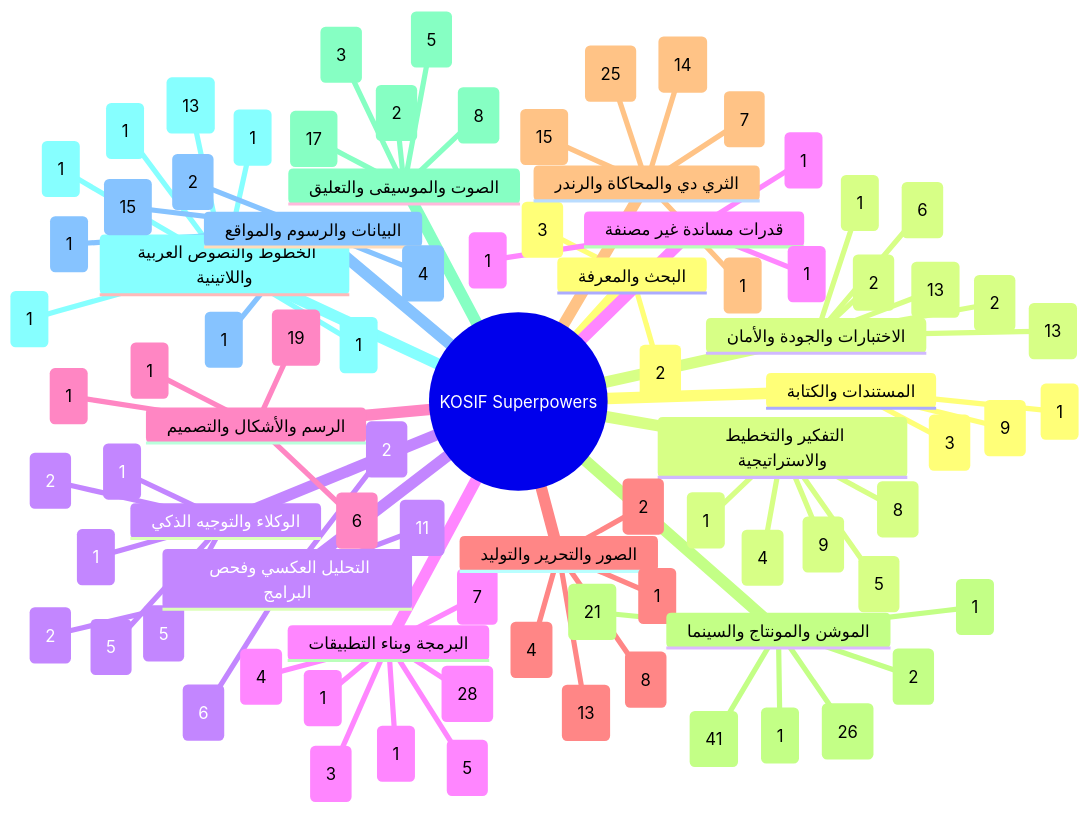
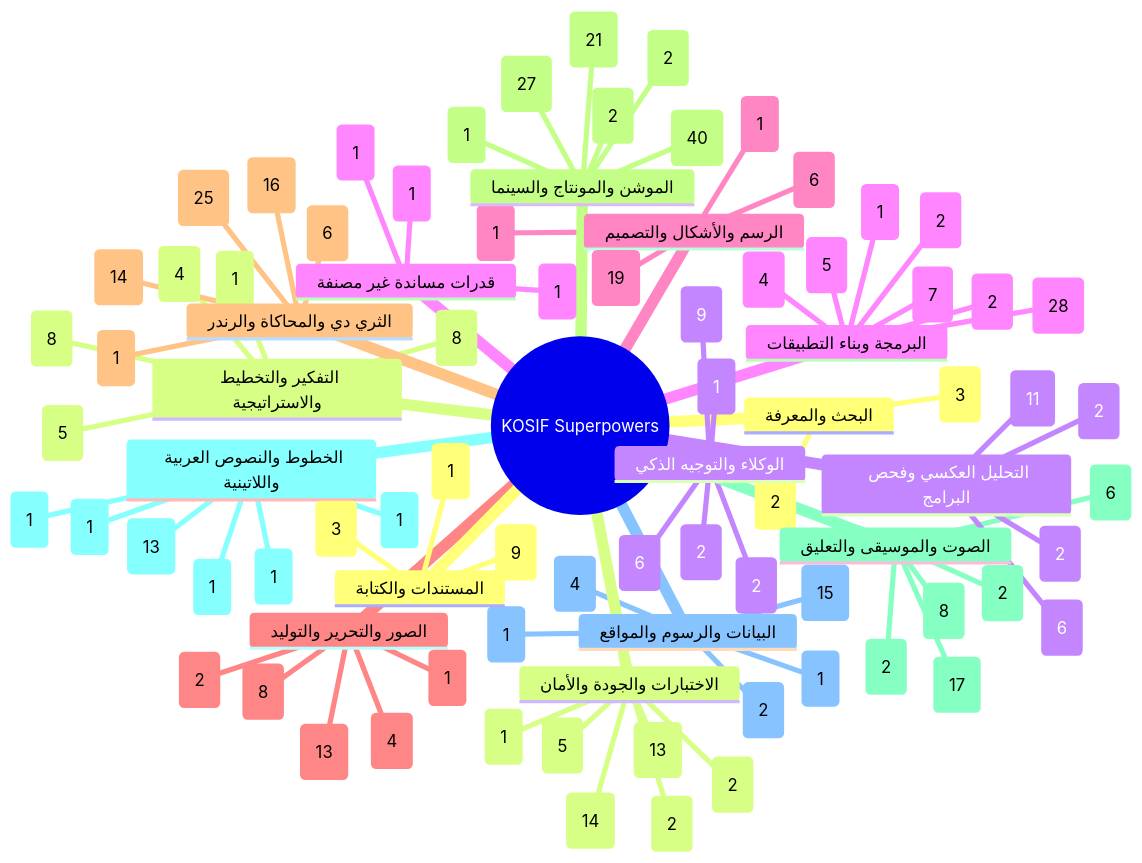
The first of 13 diagrams in .claude/skills/kosif-superpowers/references/capability-mindmap.md (kosif199022-jpg/kosif-tool), drawn with Mermaid before and after one commit. The commit also changed other lines of this file and 146 other files, not shown here.

```diff
--- a/.claude/skills/kosif-superpowers/references/capability-mindmap.md
+++ b/.claude/skills/kosif-superpowers/references/capability-mindmap.md
@@ -34,24 +34,24 @@
       اصنع (2)
     التفكير والتخطيط والاستراتيجية
       افهم المادة (5)
-      خطّط وقرّر (9)
+      خطّط وقرّر (8)
       اصنع (8)
       جمّع وارندر (1)
       تحقّق (4)
     الوكلاء والتوجيه الذكي
-      افهم المادة (5)
+      افهم المادة (6)
       خطّط وقرّر (2)
-      اصنع (5)
-      جمّع وارندر (1)
+      اصنع (9)
+      جمّع وارندر (2)
       تحقّق (1)
     البرمجة وبناء التطبيقات
       افهم المادة (7)
       خطّط وقرّر (4)
       اصنع (28)
       حسّن واصقل (1)
-      جمّع وارندر (3)
+      جمّع وارندر (2)
       تحقّق (5)
-      سلّم وانشر (1)
+      سلّم وانشر (2)
     الرسم والأشكال والتصميم
       افهم المادة (1)
       خطّط وقرّر (1)
@@ -65,22 +65,22 @@
       جمّع وارندر (1)
     الثري دي والمحاكاة والرندر
       افهم المادة (1)
-      خطّط وقرّر (7)
+      خطّط وقرّر (6)
       اصنع (25)
-      حسّن واصقل (15)
-      جمّع وارندر (14)
+      حسّن واصقل (14)
+      جمّع وارندر (16)
     الموشن والمونتاج والسينما
-      افهم المادة (1)
+      افهم المادة (2)
       خطّط وقرّر (21)
-      اصنع (41)
-      حسّن واصقل (26)
+      اصنع (40)
+      حسّن واصقل (27)
       جمّع وارندر (1)
       سلّم وانشر (2)
     الصوت والموسيقى والتعليق
-      افهم المادة (3)
+      افهم المادة (2)
       خطّط وقرّر (8)
       اصنع (17)
-      حسّن واصقل (5)
+      حسّن واصقل (6)
       تحقّق (2)
     الخطوط والنصوص العربية واللاتينية
       خطّط وقرّر (1)
@@ -102,10 +102,10 @@
     الاختبارات والجودة والأمان
       افهم المادة (13)
       خطّط وقرّر (1)
-      اصنع (6)
+      اصنع (5)
       حسّن واصقل (2)
       جمّع وارندر (2)
-      تحقّق (13)
+      تحقّق (14)
     التحليل العكسي وفحص البرامج
       افهم المادة (11)
       خطّط وقرّر (2)
```
